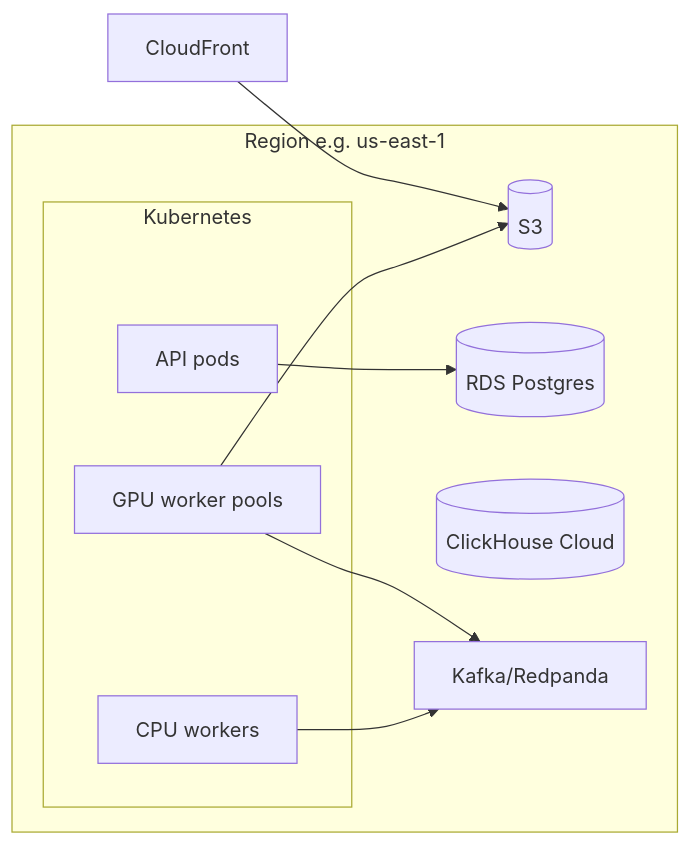
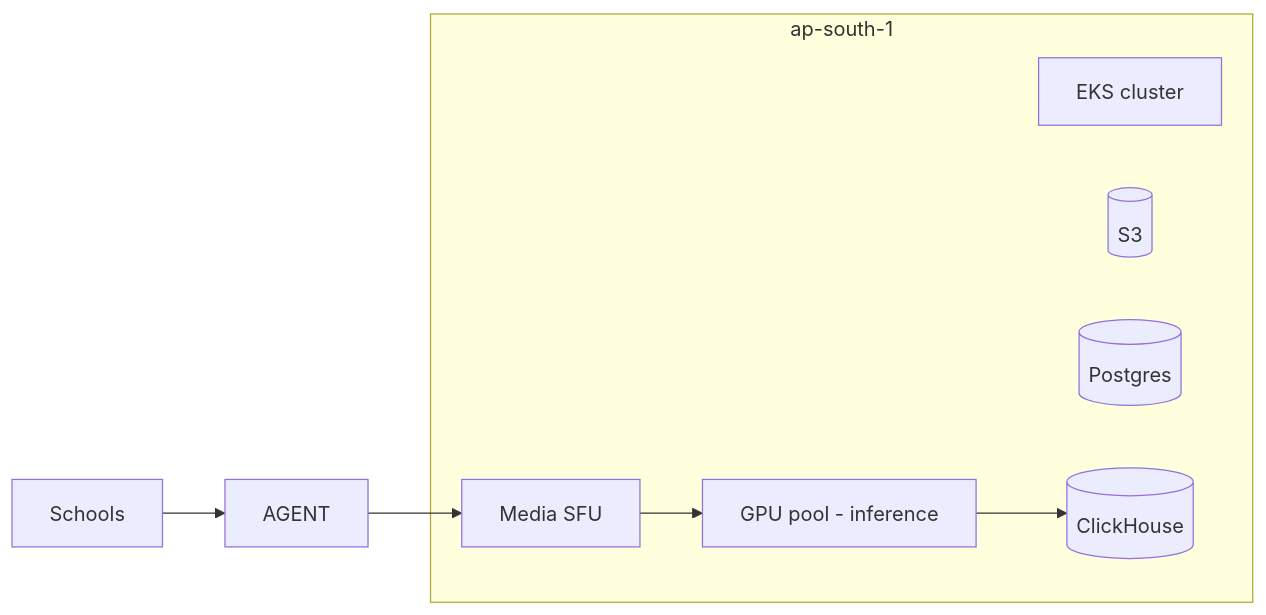
One commit to NITISH-R-G/PedagogyX changed the third of 3 diagrams in docs/05-architecture/SYSTEM_ARCHITECTURE.md. Above: the diagram before and after it, drawn with Mermaid. The commit also changed other lines of this file and 13 other files, not shown here.

````diff
--- a/docs/05-architecture/SYSTEM_ARCHITECTURE.md
+++ b/docs/05-architecture/SYSTEM_ARCHITECTURE.md
@@ -114,20 +107,15 @@
 ```mermaid
 flowchart LR
-    subgraph region [Region e.g. us-east-1]
-        subgraph k8s [Kubernetes]
-            API[API pods]
-            WRK[GPU worker pools]
-            CPU[CPU workers]
-        end
+    subgraph in [ap-south-1]
+        EKS[EKS cluster]
+        GPU[GPU pool - inference]
+        SFU[Media SFU]
         S3[(S3)]
-        RDS[(RDS Postgres)]
-        CH[(ClickHouse Cloud)]
-        KFK[Kafka/Redpanda]
+        RDS[(Postgres)]
+        CH[(ClickHouse)]
     end
-    CDN[CloudFront]
-    CDN --> S3
-    API --> RDS
-    WRK --> S3
-    WRK --> KFK
-    CPU --> KFK
+    SCH[Schools] --> AGENT
+    AGENT --> SFU
+    SFU --> GPU
+    GPU --> CH
 ```
````
